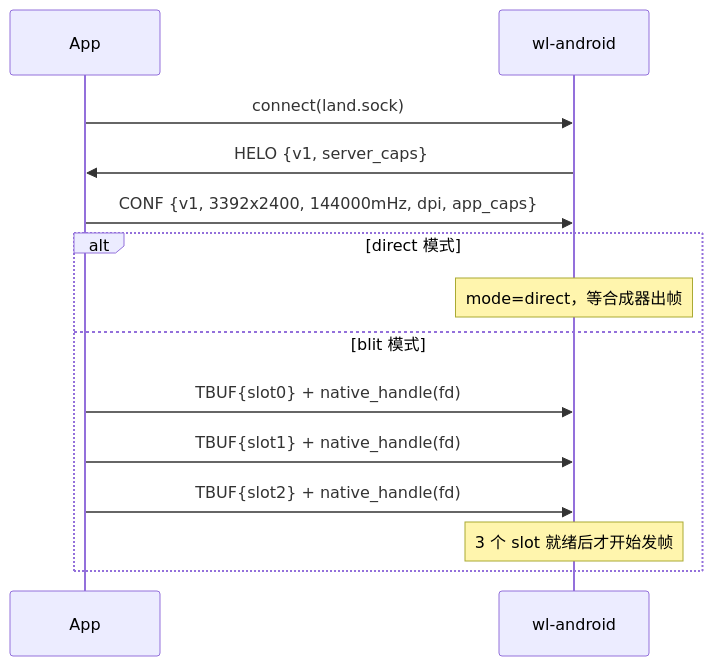
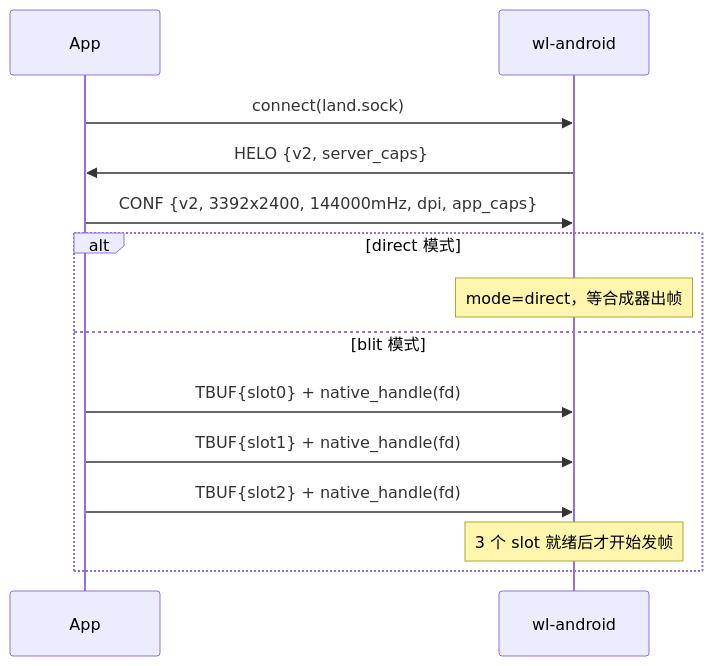
Before and after one commit to ShiinaKagari/wl-android: the first of 5 diagrams in docs/DESIGN.md, drawn with Mermaid. The commit also changed other lines of this file and 6 other files, not shown here.

First line of the commit message:
docs: P3 architecture, transport reality, env topology, testing manual

````diff
--- a/docs/DESIGN.md
+++ b/docs/DESIGN.md
@@ -194,16 +233,16 @@
 ```mermaid
 sequenceDiagram
     participant App
     participant S as wl-android
     App->>S: connect(land.sock)
-    S->>App: HELO {v1, server_caps}
-    App->>S: CONF {v1, 3392x2400, 144000mHz, dpi, app_caps}
+    S->>App: HELO {v2, server_caps}
+    App->>S: CONF {v2, 3392x2400, 144000mHz, dpi, app_caps}
     alt direct 模式
         Note over S: mode=direct，等合成器出帧
     else blit 模式
         App->>S: TBUF{slot0} + native_handle(fd)
         App->>S: TBUF{slot1} + native_handle(fd)
         App->>S: TBUF{slot2} + native_handle(fd)
         Note over S: 3 个 slot 就绪后才开始发帧
     end
 ```
````
